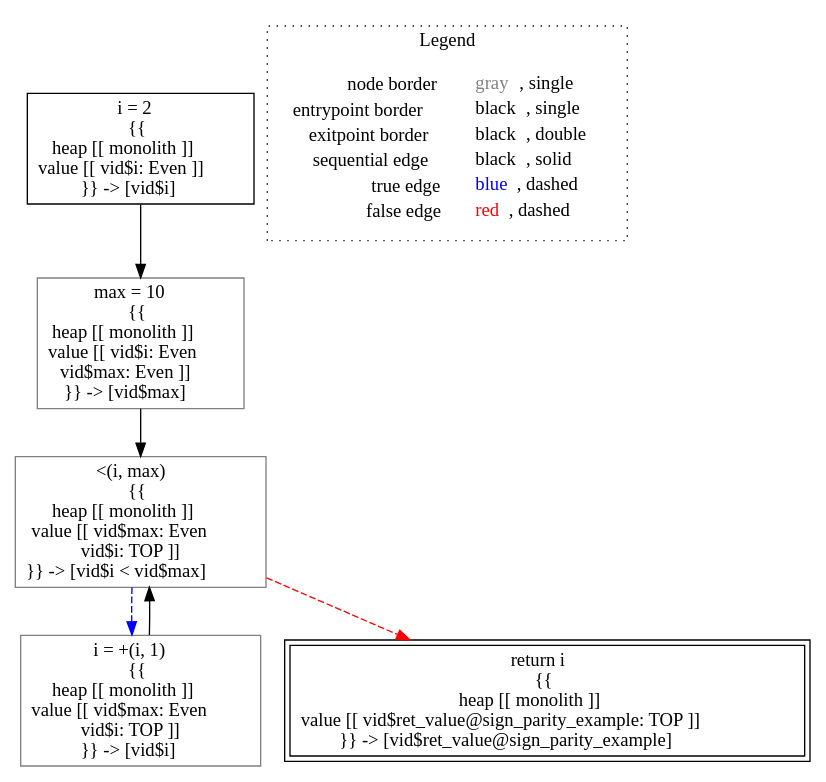
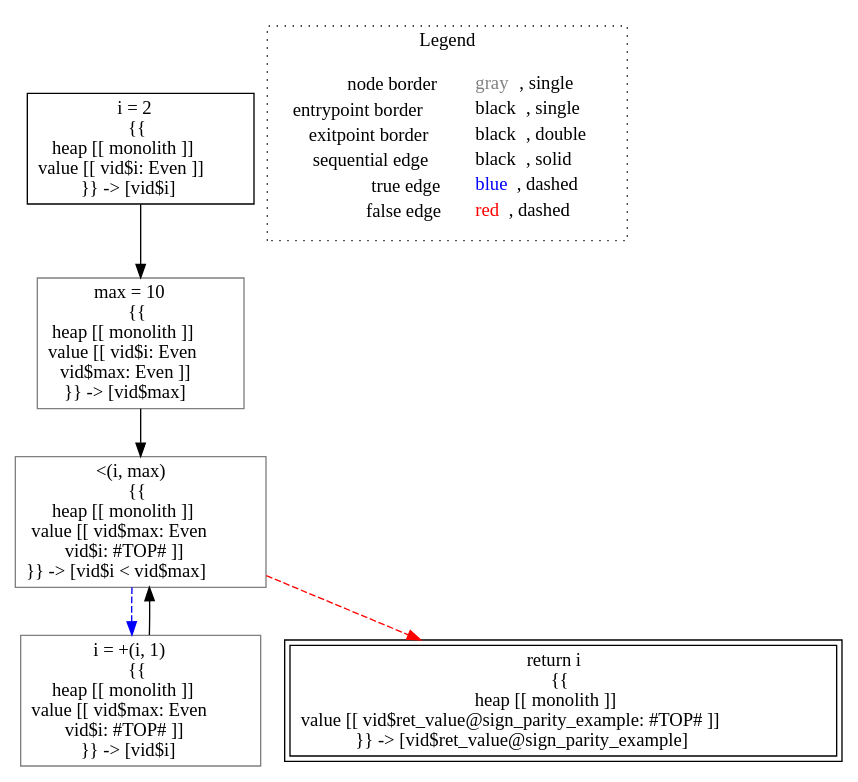
One commit to lisa-analyzer/lisa changed the diagram in lisa/imp-testcases/numeric/parity/analysis___untyped_tutorial.sign_parity_example().dot. Above: the diagram before and after it, drawn with Graphviz. The commit also changed 30 other files, not shown here.

```diff
--- a/lisa/imp-testcases/numeric/parity/analysis___untyped_tutorial.sign_parity_example().dot
+++ b/lisa/imp-testcases/numeric/parity/analysis___untyped_tutorial.sign_parity_example().dot
@@ -1,19 +1,19 @@
 digraph {
 	"node0" [shape="rect",color="black",label=<i = 2<BR/>{{<BR/>heap [[ monolith ]]<BR/>value [[ vid$i: Even ]]<BR/>}} -&gt; [vid$i]>];
 	"node1" [shape="rect",color="gray",label=<max = 10<BR/>{{<BR/>heap [[ monolith ]]<BR/>value [[ vid$i: Even<BR/>vid$max: Even ]]<BR/>}} -&gt; [vid$max]>];
-	"node2" [shape="rect",color="gray",label=<i = +(i, 1)<BR/>{{<BR/>heap [[ monolith ]]<BR/>value [[ vid$max: Even<BR/>vid$i: TOP ]]<BR/>}} -&gt; [vid$i]>];
-	"node3" [shape="rect",color="gray",label=<&lt;(i, max)<BR/>{{<BR/>heap [[ monolith ]]<BR/>value [[ vid$max: Even<BR/>vid$i: TOP ]]<BR/>}} -&gt; [vid$i &lt; vid$max]>];
-	"node4" [shape="rect",color="black",peripheries="2",label=<return i<BR/>{{<BR/>heap [[ monolith ]]<BR/>value [[ vid$ret_value@sign_parity_example: TOP ]]<BR/>}} -&gt; [vid$ret_value@sign_parity_example]>];
+	"node2" [shape="rect",color="gray",label=<i = +(i, 1)<BR/>{{<BR/>heap [[ monolith ]]<BR/>value [[ vid$max: Even<BR/>vid$i: #TOP# ]]<BR/>}} -&gt; [vid$i]>];
+	"node3" [shape="rect",color="black",peripheries="2",label=<return i<BR/>{{<BR/>heap [[ monolith ]]<BR/>value [[ vid$ret_value@sign_parity_example: #TOP# ]]<BR/>}} -&gt; [vid$ret_value@sign_parity_example]>];
+	"node4" [shape="rect",color="gray",label=<&lt;(i, max)<BR/>{{<BR/>heap [[ monolith ]]<BR/>value [[ vid$max: Even<BR/>vid$i: #TOP# ]]<BR/>}} -&gt; [vid$i &lt; vid$max]>];
+	"node1" -> "node4" [color="black"];
+	"node2" -> "node4" [color="black"];
 	"node0" -> "node1" [color="black"];
-	"node1" -> "node3" [color="black"];
-	"node2" -> "node3" [color="black"];
-	"node3" -> "node2" [color="blue",style="dashed"];
-	"node3" -> "node4" [color="red",style="dashed"];
+	"node4" -> "node2" [color="blue",style="dashed"];
+	"node4" -> "node3" [color="red",style="dashed"];
 subgraph cluster_legend {
 	label="Legend";
 	style=dotted;
 	node [shape=plaintext];
 	"legend" [label=<<table border="0" cellpadding="2" cellspacing="0" cellborder="0"><tr><td align="right">node border&nbsp;</td><td align="left"><font color="gray">gray</font>, single</td></tr><tr><td align="right">entrypoint border&nbsp;</td><td align="left"><font color="black">black</font>, single</td></tr><tr><td align="right">exitpoint border&nbsp;</td><td align="left"><font color="black">black</font>, double</td></tr><tr><td align="right">sequential edge&nbsp;</td><td align="left"><font color="black">black</font>, solid</td></tr><tr><td align="right">true edge&nbsp;</td><td align="left"><font color="blue">blue</font>, dashed</td></tr><tr><td align="right">false edge&nbsp;</td><td align="left"><font color="red">red</font>, dashed</td></tr></table>>];
 }
 
 }
```
